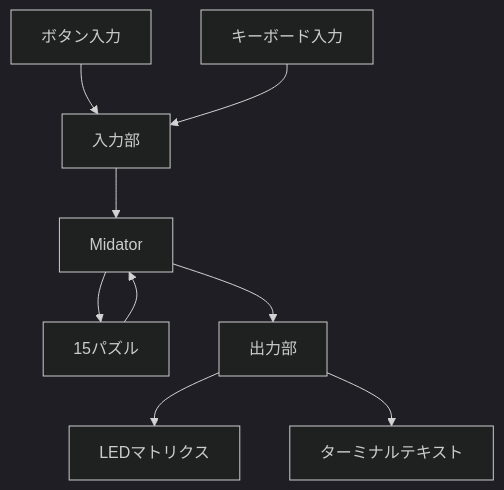
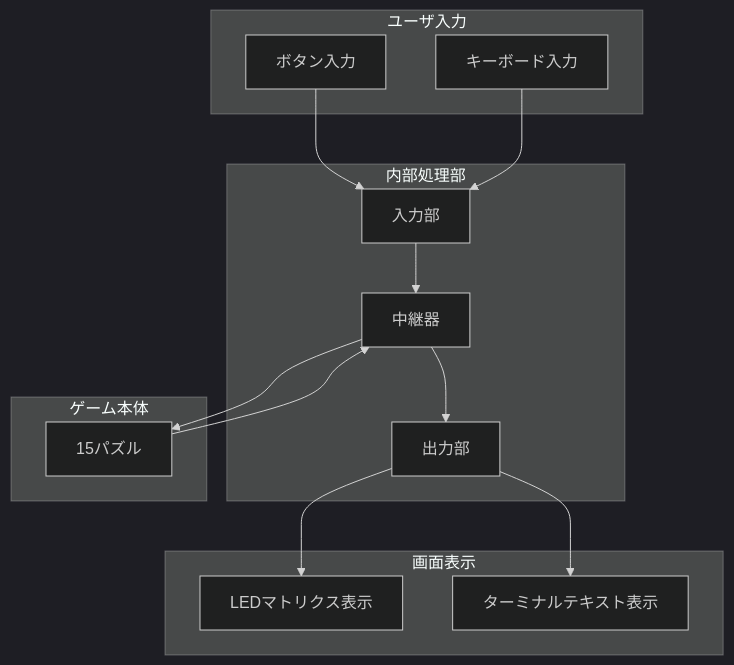
The diagram in document/source/specs/modules.rst (masanori-komehana/puzzle_project), drawn with Mermaid (dark theme) before and after one commit. The commit also changed other lines of this file, not shown here.

```diff
--- a/document/source/specs/modules.rst
+++ b/document/source/specs/modules.rst
@@ -7,13 +8,28 @@
 .. mermaid::
 
-  graph TD;
-    ボタン入力-->入力部;
-    キーボード入力-->入力部;
-    入力部-->gameif;
-    gameif[Midator];
-    pazzlecore[15パズル]
-    gameif-->pazzlecore;
-    pazzlecore-->gameif;
-    gameif-->出力部;
-    出力部-->LEDマトリクス;
-    出力部-->ターミナルテキスト;
+    graph TD;
+    
+        subgraph ユーザ入力;
+            ボタン入力;
+            キーボード入力;
+        end
+        subgraph 内部処理部;
+            入力部;
+            gameif[中継器];
+            出力部;
+        end
+        subgraph ゲーム本体;
+            pazzlecore[15パズル];
+        end
+        subgraph 画面表示;
+            LEDマトリクス表示;   
+            ターミナルテキスト表示;
+        end
+        ボタン入力-->入力部;
+        キーボード入力-->入力部;
+        入力部-->gameif;
+        pazzlecore-->gameif;
+        gameif-->出力部;
+        出力部-->LEDマトリクス表示;
+        出力部-->ターミナルテキスト表示;
+        gameif-->pazzlecore;
```
